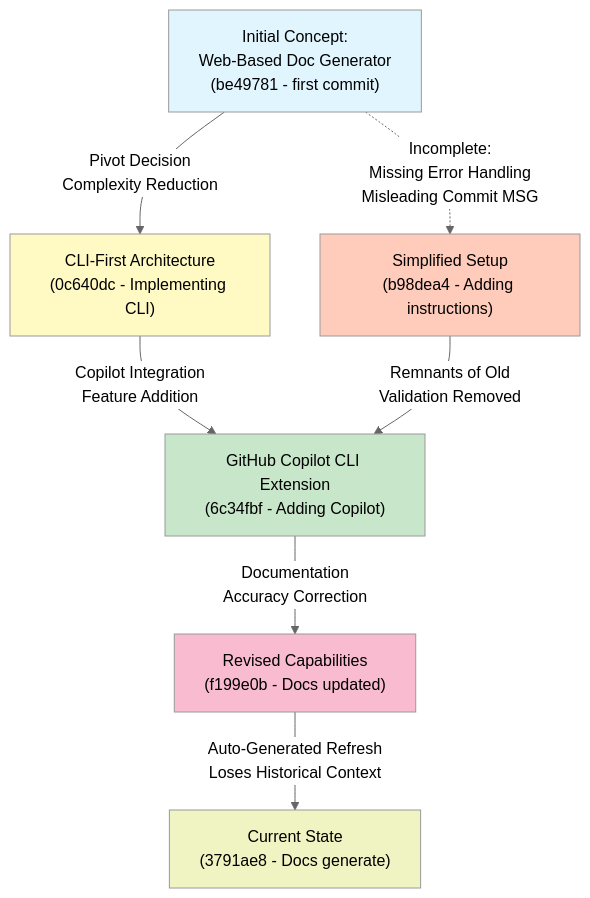
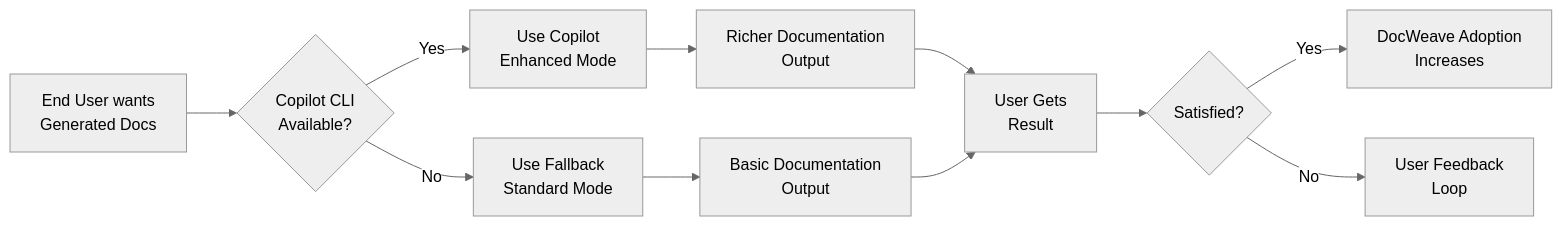
One commit to Juls95/DocWeave changed the third of 7 diagrams in DocweaveDocs/DIAGRAMS.md. Above: the diagram before and after it, drawn with Mermaid (neutral theme). The commit also changed other lines of this file and 4 other files, not shown here.

````diff
--- a/DocweaveDocs/DIAGRAMS.md
+++ b/DocweaveDocs/DIAGRAMS.md
@@ -3,21 +33,13 @@
 ```mermaid
-graph TD
-    A["Initial Concept:<br/>Web-Based Doc Generator<br/>(be49781 - first commit)"] -->|Pivot Decision<br/>Complexity Reduction| B["CLI-First Architecture<br/>(0c640dc - Implementing CLI)"]
-    
-    B -->|Copilot Integration<br/>Feature Addition| C["GitHub Copilot CLI Extension<br/>(6c34fbf - Adding Copilot)"]
-    
-    C -->|Documentation<br/>Accuracy Correction| D["Revised Capabilities<br/>(f199e0b - Docs updated)"]
-    
-    A -.->|Incomplete:<br/>Missing Error Handling<br/>Misleading Commit MSG| E["Simplified Setup<br/>(b98dea4 - Adding instructions)"]
-    
-    E -->|Remnants of Old<br/>Validation Removed| C
-    
-    D -->|Auto-Generated Refresh<br/>Loses Historical Context| F["Current State<br/>(3791ae8 - Docs generate)"]
-    
-    style A fill:#e1f5ff
-    style B fill:#fff9c4
-    style C fill:#c8e6c9
-    style D fill:#f8bbd0
-    style E fill:#ffccbc
-    style F fill:#f0f4c3
+graph LR
+    A["End User wants<br/>Generated Docs"] --> B{Copilot CLI<br/>Available?}
+    B -->|Yes| C["Use Copilot<br/>Enhanced Mode"]
+    C --> D["Richer Documentation<br/>Output"]
+    B -->|No| E["Use Fallback<br/>Standard Mode"]
+    E --> F["Basic Documentation<br/>Output"]
+    D --> G["User Gets<br/>Result"]
+    F --> G
+    G --> H{Satisfied?}
+    H -->|Yes| I["DocWeave Adoption<br/>Increases"]
+    H -->|No| J["User Feedback<br/>Loop"]
 ```
````
